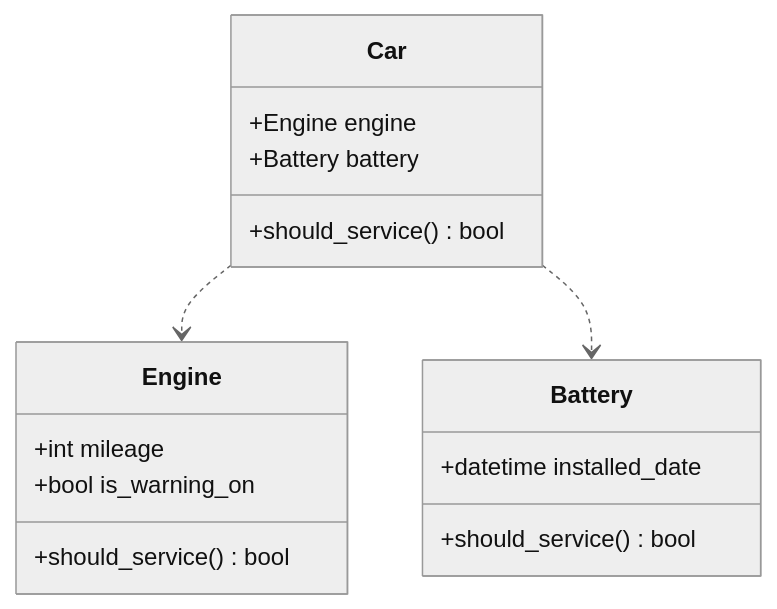
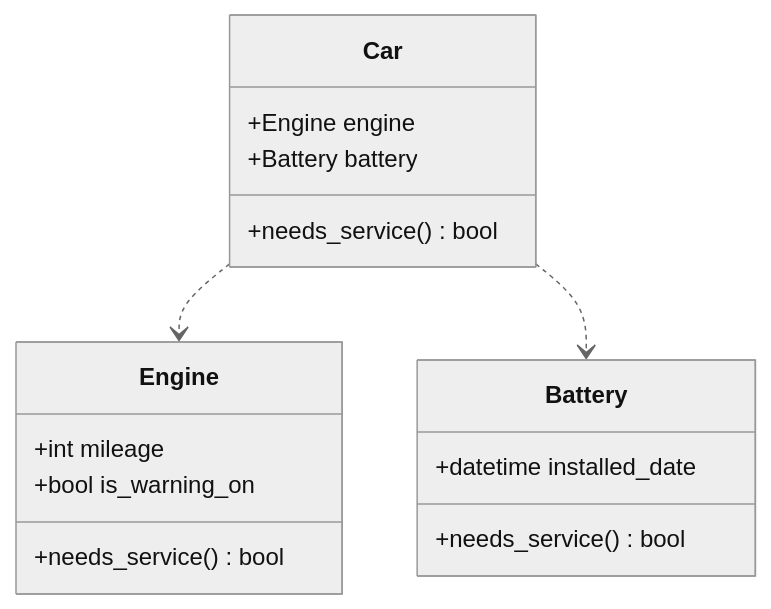
One commit to Aveline-art/forage-lyft-starter-repo changed the diagram in uml-diagram.md. Above: the diagram before and after it, drawn with Mermaid (neutral theme). The commit also changed other lines of this file and 21 other files, not shown here.

````diff
--- a/uml-diagram.md
+++ b/uml-diagram.md
@@ -1,19 +1,19 @@
 ```mermaid
 classDiagram
     Car ..> Engine
     Car ..> Battery
     class Car{
         +Engine engine
         +Battery battery
-        +should_service() bool
+        +needs_service() bool
     }
     class Engine{
         +int mileage
         +bool is_warning_on
-        +should_service() bool
+        +needs_service() bool
     }
     class Battery{
         +datetime installed_date
-        +should_service() bool
+        +needs_service() bool
     }
 ```
````
